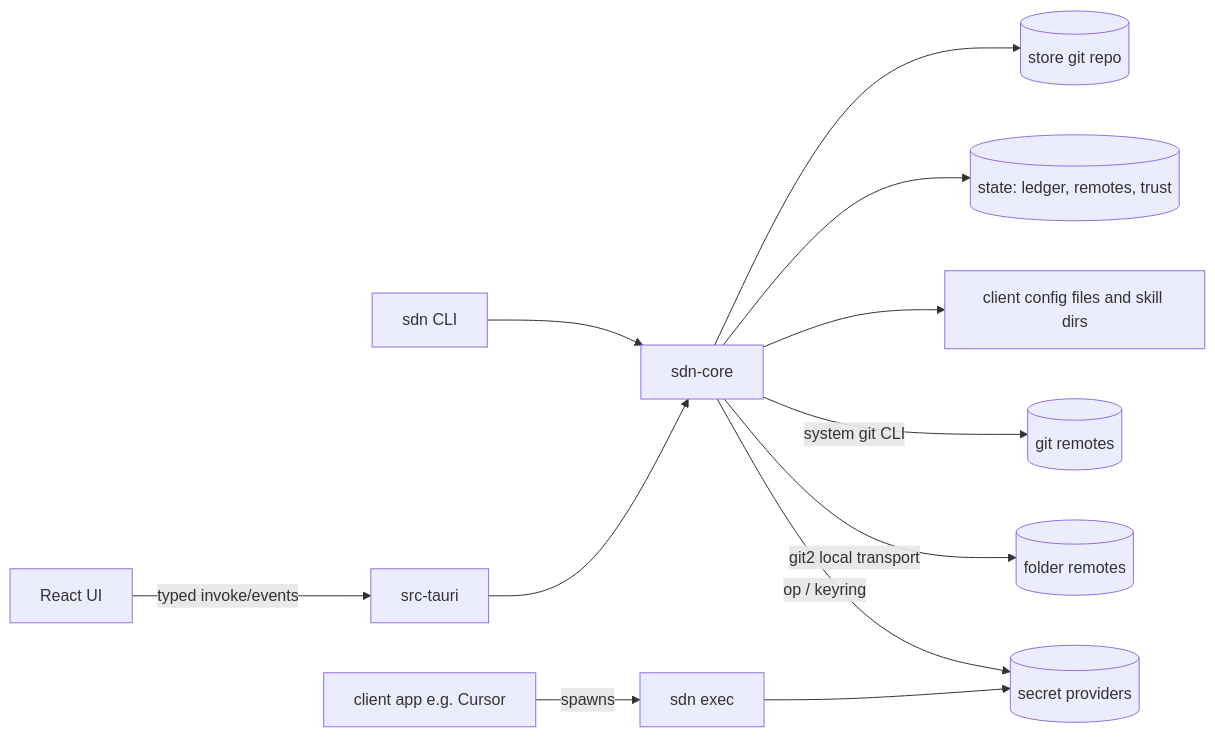
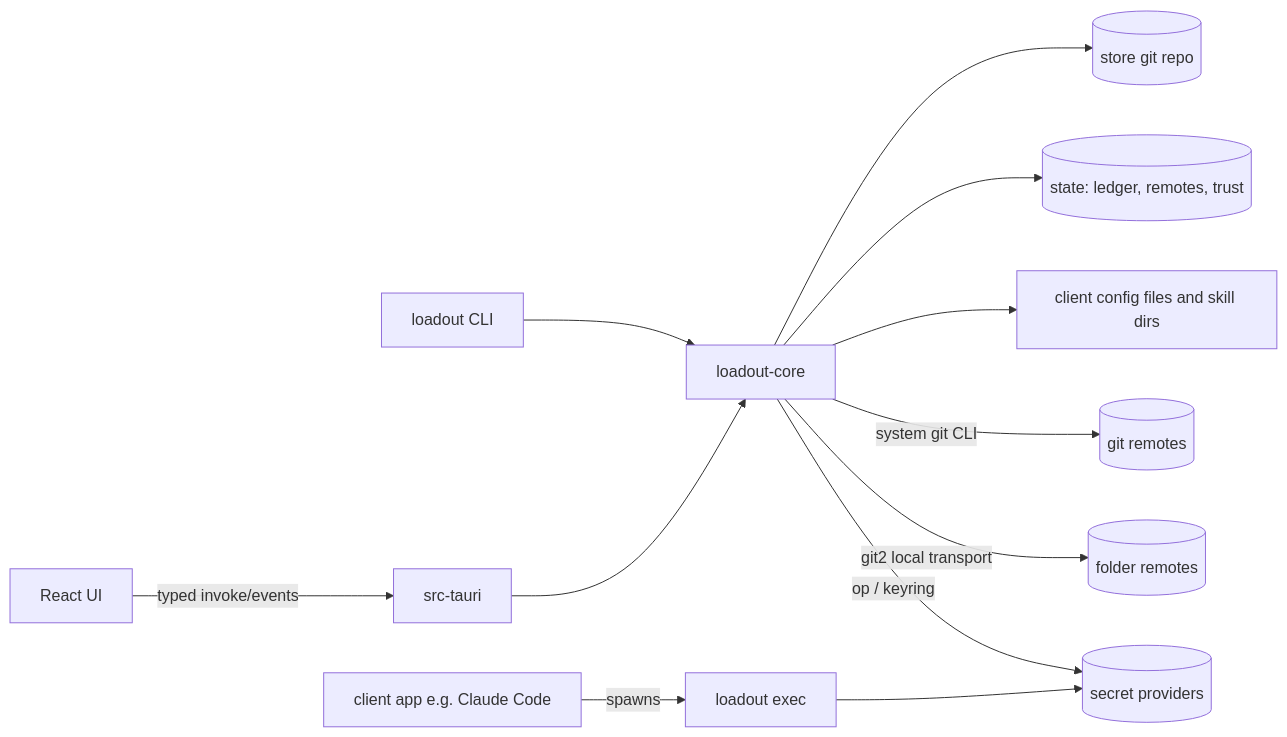
One commit to DailenG/agent-loadout changed the first of 2 diagrams in SPEC.md. Above: the diagram before and after it, drawn with Mermaid. The commit also changed other lines of this file, not shown here.

First line of the commit message:
docs: fold Dailen's answers into spec, rename to Loadout

````diff
--- a/SPEC.md
+++ b/SPEC.md
@@ -140,13 +141,13 @@
 ```mermaid
 flowchart LR
   GUI[React UI] -- typed invoke/events --> APP[src-tauri]
-  CLI[sdn CLI] --> CORE
-  APP --> CORE[sdn-core]
+  CLI[loadout CLI] --> CORE
+  APP --> CORE[loadout-core]
   CORE --> STORE[(store git repo)]
   CORE --> STATE[(state: ledger, remotes, trust)]
   CORE --> FILES[client config files and skill dirs]
   CORE -- system git CLI --> REMOTE[(git remotes)]
   CORE -- git2 local transport --> FOLDER[(folder remotes)]
   CORE -- op / keyring --> SECRETS[(secret providers)]
-  CLIENT[client app e.g. Cursor] -- spawns --> EXEC[sdn exec] --> SECRETS
+  CLIENT[client app e.g. Claude Code] -- spawns --> EXEC[loadout exec] --> SECRETS
 ```
````
